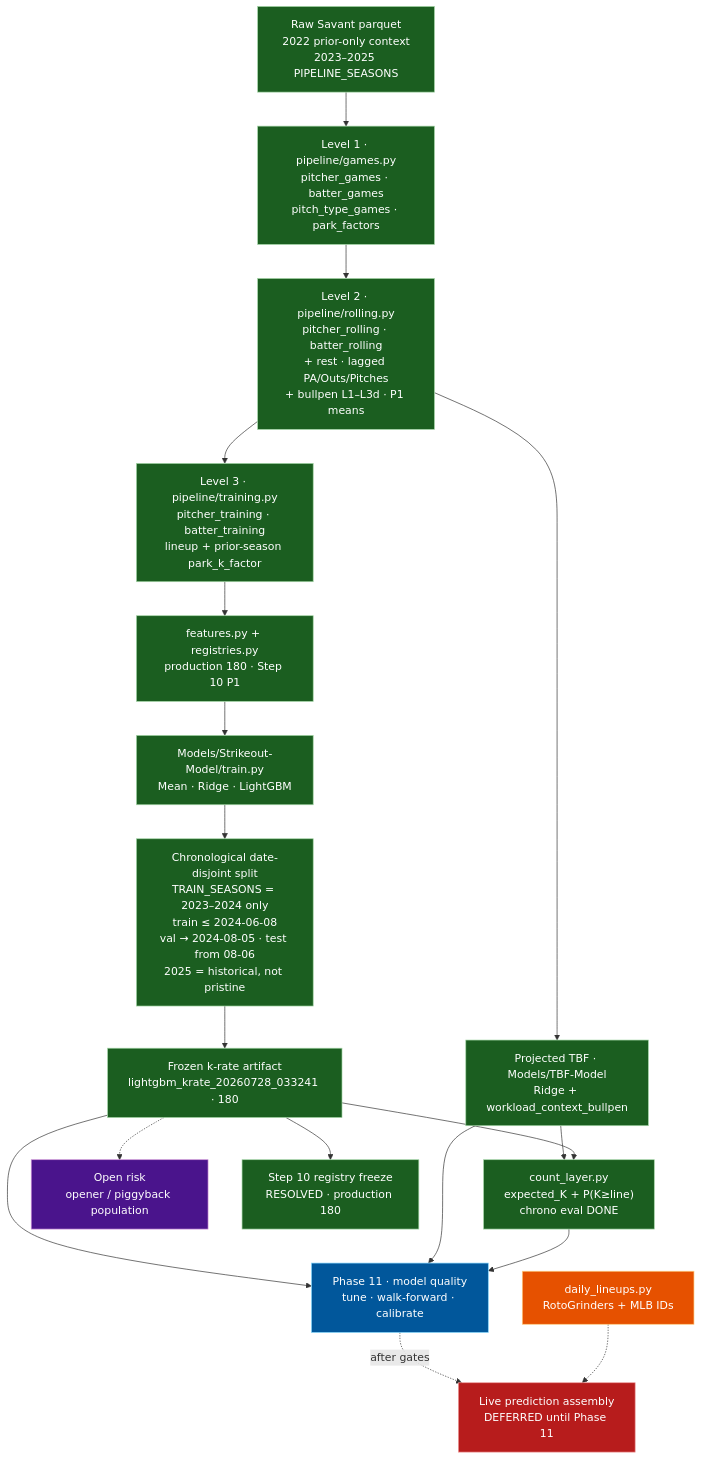
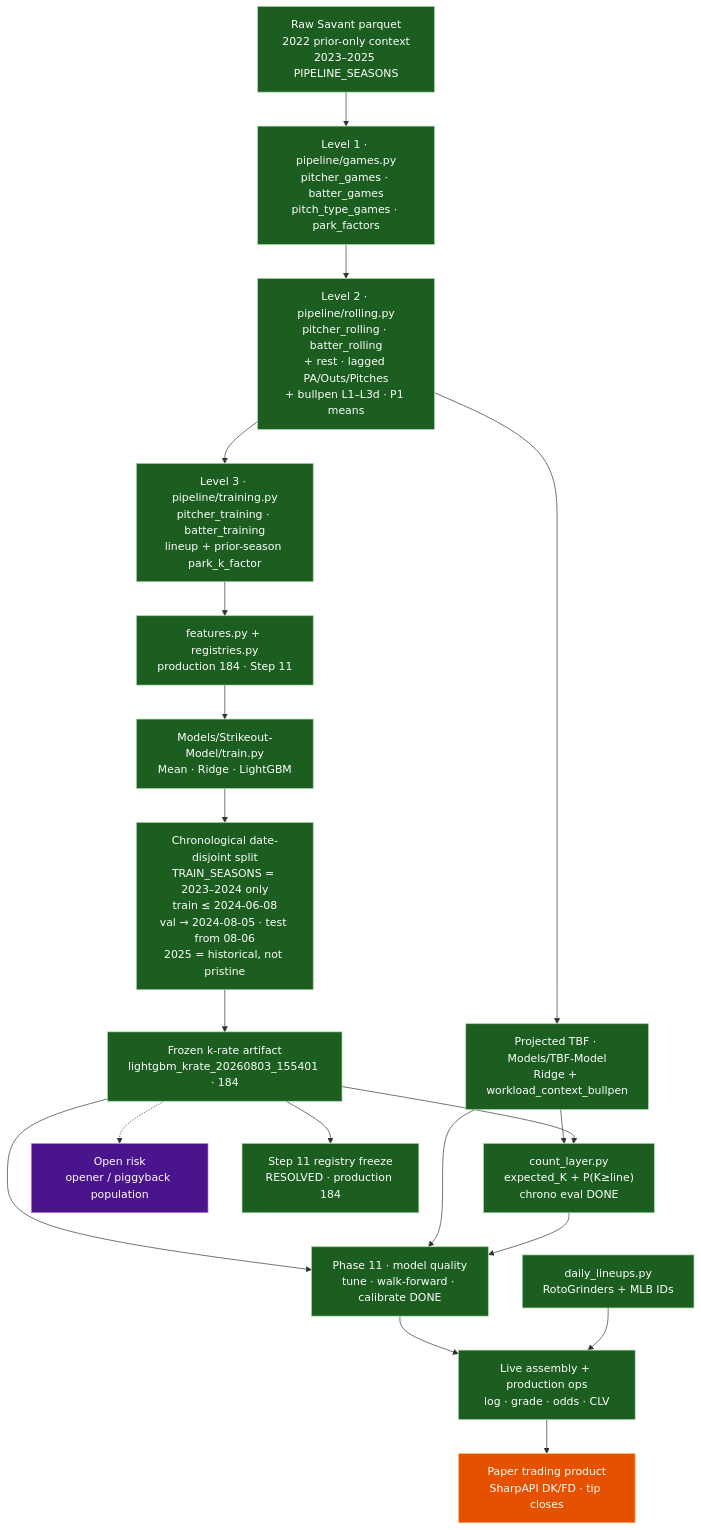
One commit to Cbkaplinger/MLB-Props changed the diagram in docs/diagrams/01-architecture.md. Above: the diagram before and after it, drawn with Mermaid. The commit also changed other lines of this file and 35 other files, not shown here.

````diff
--- a/docs/diagrams/01-architecture.md
+++ b/docs/diagrams/01-architecture.md
@@ -7,40 +7,42 @@
 ```mermaid
 flowchart TB
   classDef built fill:#1b5e20,stroke:#a5d6a7,color:#fff
   classDef partial fill:#e65100,stroke:#ffcc80,color:#fff
   classDef missing fill:#b71c1c,stroke:#ef9a9a,color:#fff
   classDef risk fill:#4a148c,stroke:#ce93d8,color:#fff
   classDef next fill:#01579b,stroke:#81d4fa,color:#fff
 
   RAW["Raw Savant parquet<br/>2022 prior-only context<br/>2023–2025 PIPELINE_SEASONS"]:::built
 
   L1["Level 1 · pipeline/games.py<br/>pitcher_games · batter_games<br/>pitch_type_games · park_factors"]:::built
   L2["Level 2 · pipeline/rolling.py<br/>pitcher_rolling · batter_rolling<br/>+ rest · lagged PA/Outs/Pitches<br/>+ bullpen L1–L3d · P1 means"]:::built
   L3["Level 3 · pipeline/training.py<br/>pitcher_training · batter_training<br/>lineup + prior-season park_k_factor"]:::built
 
-  FEAT["features.py + registries.py<br/>production 180 · Step 10 P1"]:::built
+  FEAT["features.py + registries.py<br/>production 184 · Step 11"]:::built
   TRAIN["Models/Strikeout-Model/train.py<br/>Mean · Ridge · LightGBM"]:::built
   CV["Chronological date-disjoint split<br/>TRAIN_SEASONS = 2023–2024 only<br/>train ≤ 2024-06-08<br/>val → 2024-08-05 · test from 08-06<br/>2025 = historical, not pristine"]:::built
-  ART["Frozen k-rate artifact<br/>lightgbm_krate_20260728_033241 · 180"]:::built
+  ART["Frozen k-rate artifact<br/>lightgbm_krate_20260803_155401 · 184"]:::built
 
   TBF["Projected TBF · Models/TBF-Model<br/>Ridge + workload_context_bullpen"]:::built
   EXP["count_layer.py<br/>expected_K + P(K≥line)<br/>chrono eval DONE"]:::built
 
-  P11["Phase 11 · model quality<br/>tune · walk-forward · calibrate"]:::next
-  DL["daily_lineups.py<br/>RotoGrinders + MLB IDs"]:::partial
-  LIVE["Live prediction assembly<br/>DEFERRED until Phase 11"]:::missing
+  P11["Phase 11 · model quality<br/>tune · walk-forward · calibrate DONE"]:::built
+  DL["daily_lineups.py<br/>RotoGrinders + MLB IDs"]:::built
+  LIVE["Live assembly + production ops<br/>log · grade · odds · CLV"]:::built
+  MKT["Paper trading product<br/>SharpAPI DK/FD · tip closes"]:::partial
 
   OPEN["Open risk<br/>opener / piggyback population"]:::risk
-  REG["Step 10 registry freeze<br/>RESOLVED · production 180"]:::built
+  REG["Step 11 registry freeze<br/>RESOLVED · production 184"]:::built
 
   RAW --> L1 --> L2 --> L3 --> FEAT --> TRAIN --> CV --> ART
   L2 --> TBF --> EXP
   ART --> EXP
   ART --> P11
   TBF --> P11
   EXP --> P11
-  P11 -.->|"after gates"| LIVE
-  DL -.-> LIVE
+  P11 --> LIVE
+  DL --> LIVE
+  LIVE --> MKT
   ART -.-> OPEN
   ART --> REG
 ```
````
